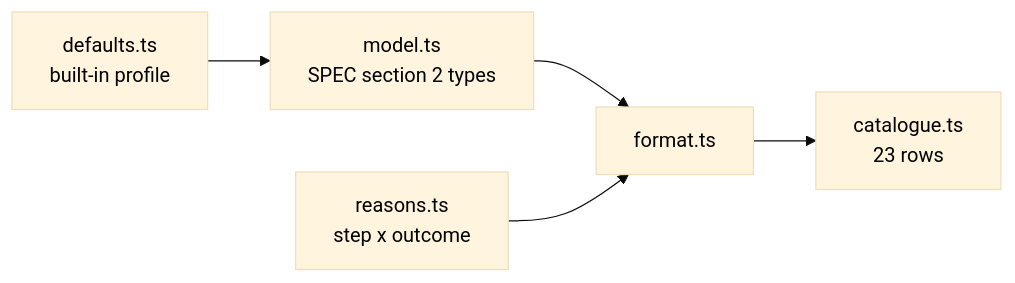
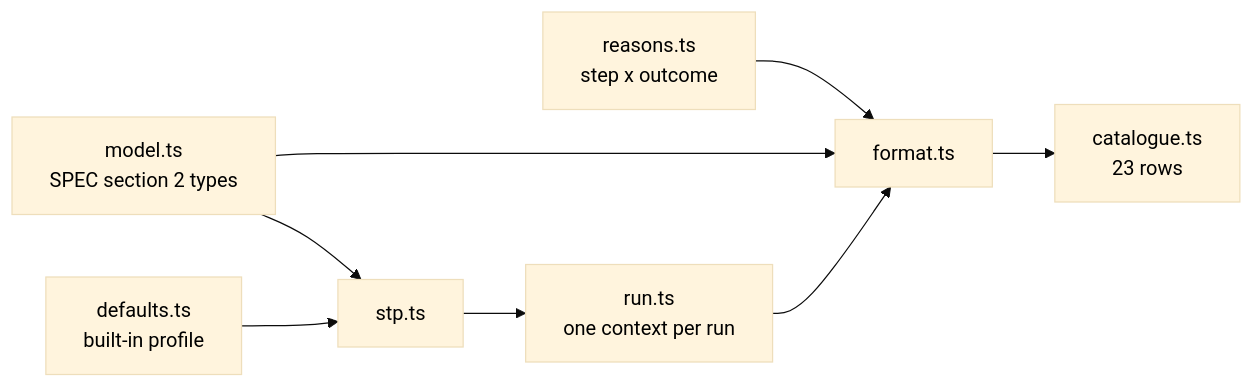
Before and after one commit to alanfong93/network-sandbox: the first of 3 diagrams in docs/architecture.md, drawn with Mermaid (base theme). The commit also changed other lines of this file and 9 other files, not shown here.

First line of the commit message:
feat: add run context and converged spanning tree

````diff
--- a/docs/architecture.md
+++ b/docs/architecture.md
@@ -12,12 +13,17 @@
 ```mermaid
 flowchart LR
     M[model.ts<br>SPEC section 2 types] --> F[format.ts]
     R[reasons.ts<br>step x outcome] --> F
     F --> C[catalogue.ts<br>23 rows]
-    D[defaults.ts<br>built-in profile] --> M
+    D[defaults.ts<br>built-in profile] --> S[stp.ts]
+    M --> S
+    S --> U[run.ts<br>one context per run]
+    U --> F
     style M color:#000
     style R color:#000
     style F color:#000
     style C color:#000
     style D color:#000
+    style S color:#000
+    style U color:#000
 ```
````
